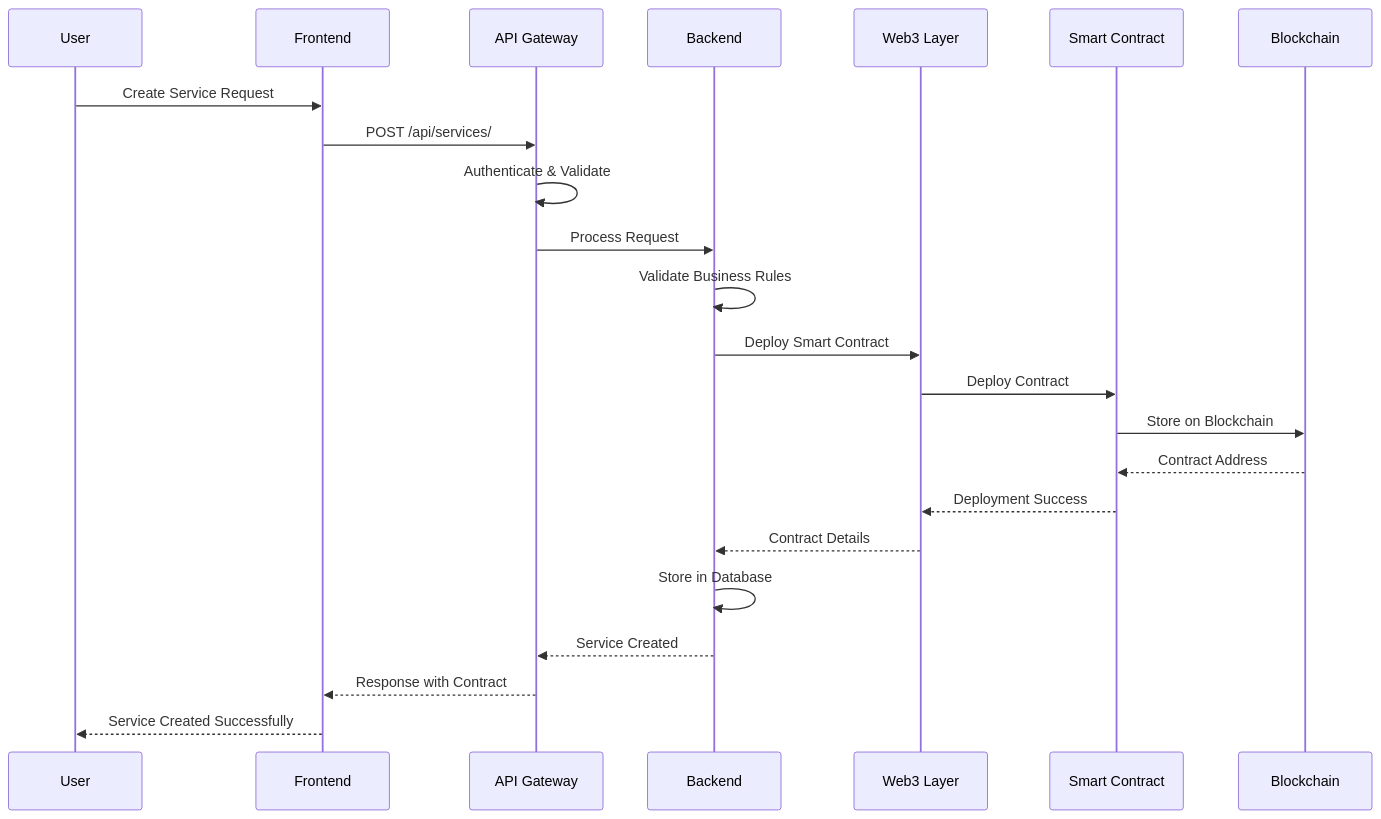
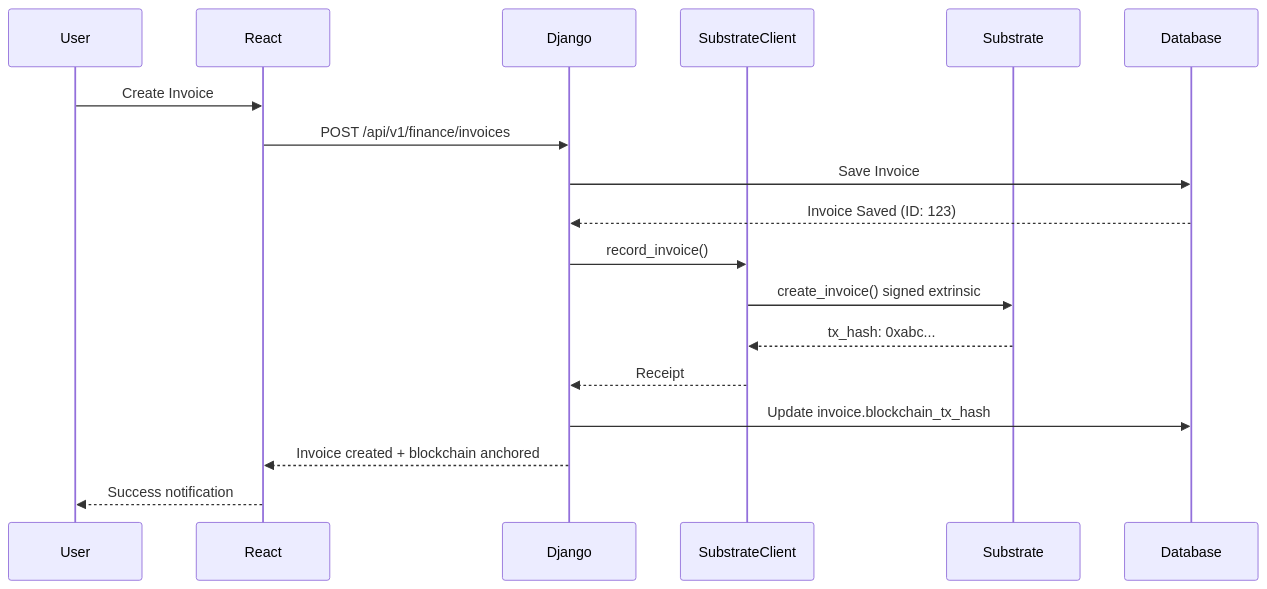
One commit to vcsmy/tidygen changed the second of 12 diagrams in docs/ARCHITECTURE.md. Above: the diagram before and after it, drawn with Mermaid. The commit also changed other lines of this file, not shown here.

First line of the commit message:
docs: add comprehensive system architecture documentation

````diff
--- a/docs/ARCHITECTURE.md
+++ b/docs/ARCHITECTURE.md
@@ -274,26 +223,21 @@
 ```mermaid
 sequenceDiagram
-    participant U as User
-    participant F as Frontend
-    participant A as API Gateway
-    participant B as Backend
-    participant W as Web3 Layer
-    participant S as Smart Contract
-    participant BC as Blockchain
-    
-    U->>F: Create Service Request
-    F->>A: POST /api/services/
-    A->>A: Authenticate & Validate
-    A->>B: Process Request
-    B->>B: Validate Business Rules
-    B->>W: Deploy Smart Contract
-    W->>S: Deploy Contract
-    S->>BC: Store on Blockchain
-    BC-->>S: Contract Address
-    S-->>W: Deployment Success
-    W-->>B: Contract Details
-    B->>B: Store in Database
-    B-->>A: Service Created
-    A-->>F: Response with Contract
-    F-->>U: Service Created Successfully
+    participant User
+    participant React
+    participant Django
+    participant SubstrateClient
+    participant Substrate
+    participant Database
+
+    User->>React: Create Invoice
+    React->>Django: POST /api/v1/finance/invoices
+    Django->>Database: Save Invoice
+    Database-->>Django: Invoice Saved (ID: 123)
+    Django->>SubstrateClient: record_invoice()
+    SubstrateClient->>Substrate: create_invoice() signed extrinsic
+    Substrate-->>SubstrateClient: tx_hash: 0xabc...
+    SubstrateClient-->>Django: Receipt
+    Django->>Database: Update invoice.blockchain_tx_hash
+    Django-->>React: Invoice created + blockchain anchored
+    React-->>User: Success notification
 ```
````
